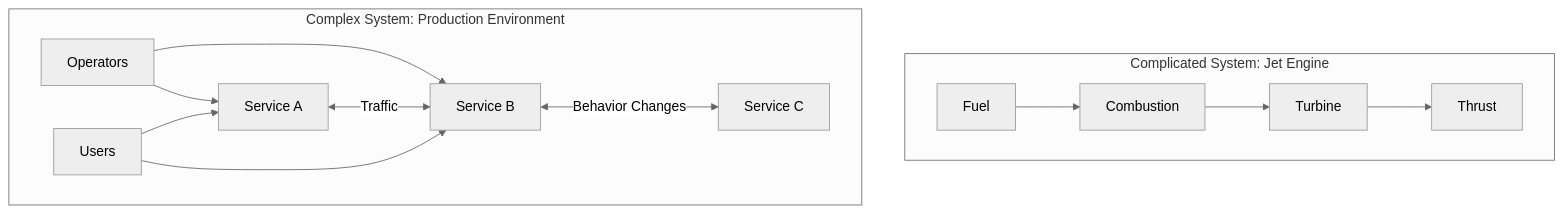
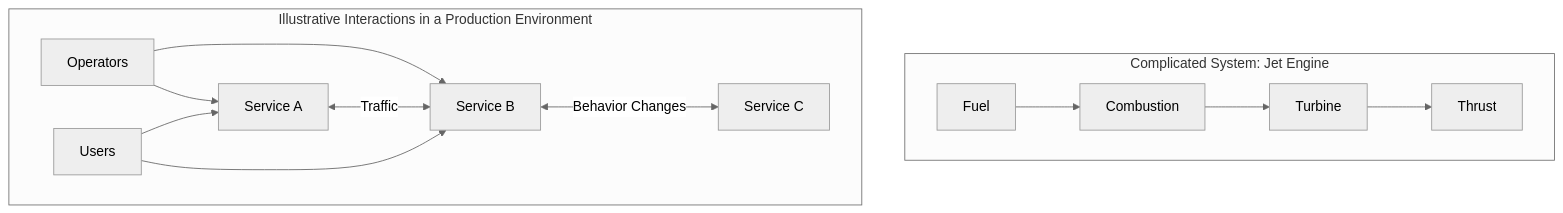
The first of 11 diagrams in src/content/docs/platform/foundations/systems-thinking/module-1.4-complexity-and-emergent-behavior.md (kube-dojo/kube-dojo), drawn with Mermaid (neutral theme) before and after one commit. The commit also changed other lines of this file, not shown here.

````diff
--- a/src/content/docs/platform/foundations/systems-thinking/module-1.4-complexity-and-emergent-behavior.md
+++ b/src/content/docs/platform/foundations/systems-thinking/module-1.4-complexity-and-emergent-behavior.md
@@ -87,17 +84,17 @@
 ```mermaid
 graph TD
     subgraph Complicated [Complicated System: Jet Engine]
         direction LR
         A[Fuel] --> B[Combustion] --> C[Turbine] --> D[Thrust]
     end
 
-    subgraph Complex [Complex System: Production Environment]
+    subgraph Complex [Illustrative Interactions in a Production Environment]
         direction LR
         O[Operators] --> S1[Service A]
         O --> S2[Service B]
         S1 <-->|Traffic| S2
         S2 <-->|Behavior Changes| S3[Service C]
         U[Users] --> S1
         U --> S2
     end
 ```
````
